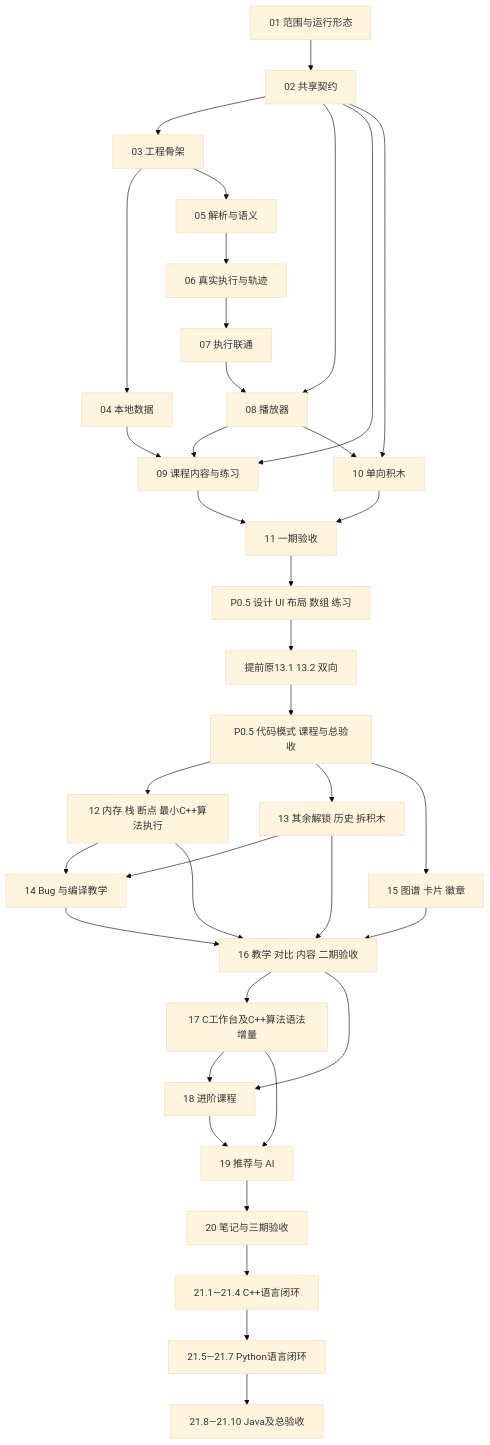
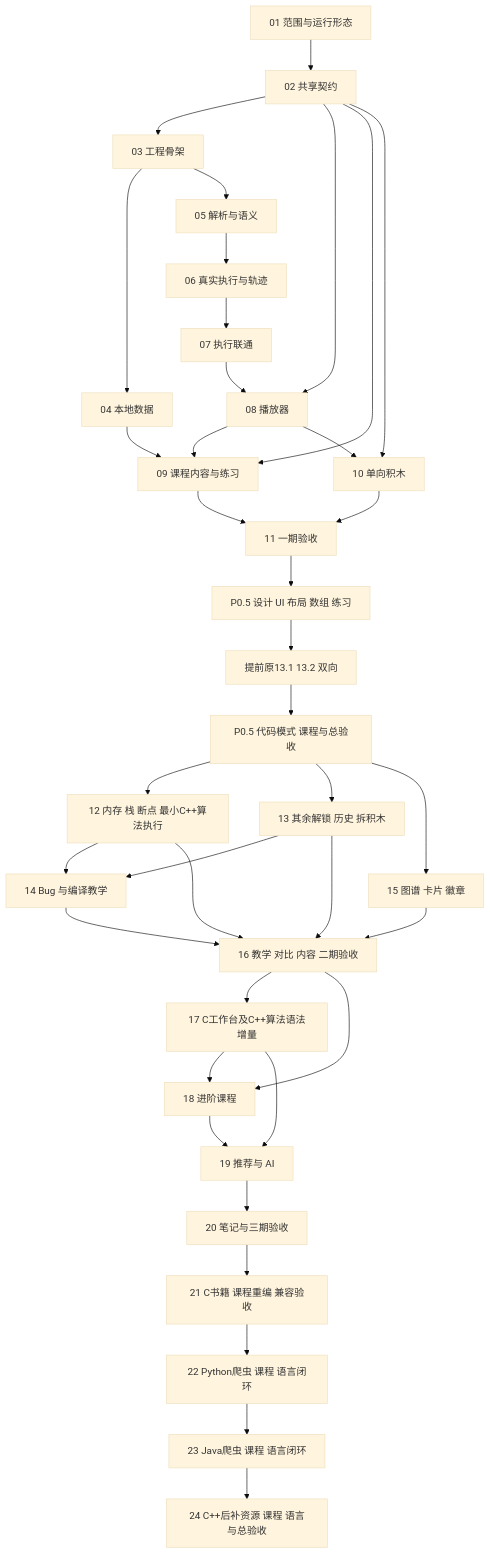
Before and after one commit to Getaway-Wuji/programming-visualization-learning: the diagram in 项目文档/开发路线与依赖.md, drawn with Mermaid (base theme). The commit also changed other lines of this file and 4901 other files, not shown here.

````diff
--- a/项目文档/开发路线与依赖.md
+++ b/项目文档/开发路线与依赖.md
@@ -103,39 +116,40 @@
 ```mermaid
 flowchart TD
     S01["01 范围与运行形态"] --> S02["02 共享契约"]
     S02 --> S03["03 工程骨架"]
     S03 --> S04["04 本地数据"]
     S03 --> S05["05 解析与语义"]
     S05 --> S06["06 真实执行与轨迹"]
     S06 --> S07["07 执行联通"]
     S02 --> S08["08 播放器"]
     S07 --> S08
     S02 --> S09["09 课程内容与练习"]
     S04 --> S09
     S08 --> S09
     S02 --> S10["10 单向积木"]
     S08 --> S10
     S09 --> S11["11 一期验收"]
     S10 --> S11
     S11 --> P05A["P0.5 设计 UI 布局 数组 练习"]
     P05A --> S13Early["提前原13.1 13.2 双向"]
     S13Early --> P05B["P0.5 代码模式 课程与总验收"]
     P05B --> S12["12 内存 栈 断点 最小C++算法执行"]
     P05B --> S13["13 其余解锁 历史 拆积木"]
     P05B --> S15["15 图谱 卡片 徽章"]
     S12 --> S14["14 Bug 与编译教学"]
     S13 --> S14
     S12 --> S16["16 教学 对比 内容 二期验收"]
     S13 --> S16
     S14 --> S16
     S15 --> S16
     S16 --> S17["17 C工作台及C++算法语法增量"]
     S16 --> S18["18 进阶课程"]
     S17 --> S18
     S17 --> S19["19 推荐与 AI"]
     S18 --> S19
     S19 --> S20["20 笔记与三期验收"]
-    S20 --> S21C["21.1—21.4 C++语言闭环"]
-    S21C --> S21P["21.5—21.7 Python语言闭环"]
-    S21P --> S21J["21.8—21.10 Java及总验收"]
+    S20 --> S21C["21 C书籍 课程重编 兼容验收"]
+    S21C --> S22P["22 Python爬虫 课程 语言闭环"]
+    S22P --> S23J["23 Java爬虫 课程 语言闭环"]
+    S23J --> S24CPP["24 C++后补资源 课程 语言与总验收"]
 ```
````
